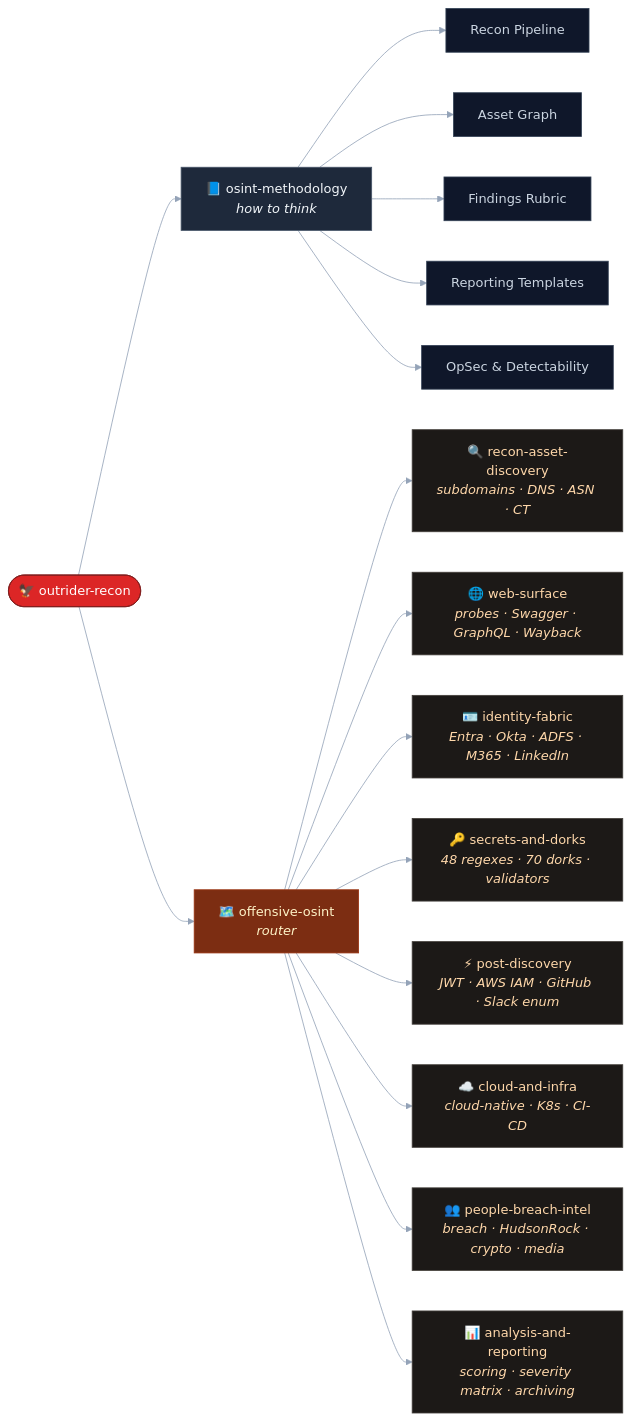
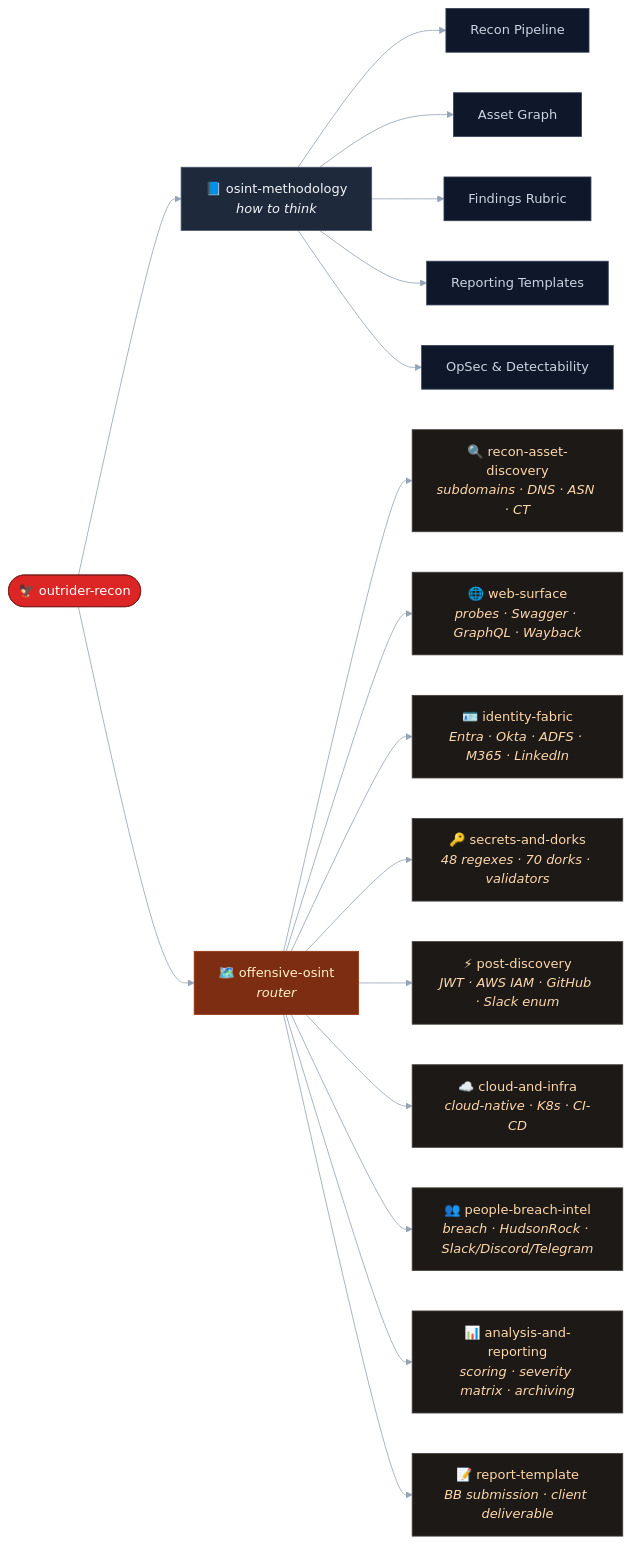
The eighth of 9 diagrams in docs/architecture.md (Ap6pack/outrider-recon), drawn with Mermaid before and after one commit. The commit also changed other lines of this file and 15 other files, not shown here.

````diff
--- a/docs/architecture.md
+++ b/docs/architecture.md
@@ -226,40 +226,42 @@
 ```mermaid
 %%{init: {'theme':'base', 'themeVariables': {'primaryColor':'#1e293b','primaryTextColor':'#f1f5f9','primaryBorderColor':'#475569','lineColor':'#94a3b8'}}}%%
 flowchart LR
     Root(["🦅 outrider-recon"])
 
     Root --> M["📘 osint-methodology<br/><i>how to think</i>"]
     Root --> R["🗺️ offensive-osint<br/><i>router</i>"]
 
     M --> M1[Recon Pipeline]
     M --> M2[Asset Graph]
     M --> M3[Findings Rubric]
     M --> M4[Reporting Templates]
     M --> M5[OpSec & Detectability]
 
     R --> S1["🔍 recon-asset-discovery<br/><i>subdomains · DNS · ASN · CT</i>"]
     R --> S2["🌐 web-surface<br/><i>probes · Swagger · GraphQL · Wayback</i>"]
     R --> S3["🪪 identity-fabric<br/><i>Entra · Okta · ADFS · M365 · LinkedIn</i>"]
     R --> S4["🔑 secrets-and-dorks<br/><i>48 regexes · 70 dorks · validators</i>"]
     R --> S5["⚡ post-discovery<br/><i>JWT · AWS IAM · GitHub · Slack enum</i>"]
     R --> S6["☁️ cloud-and-infra<br/><i>cloud-native · K8s · CI-CD</i>"]
-    R --> S7["👥 people-breach-intel<br/><i>breach · HudsonRock · crypto · media</i>"]
+    R --> S7["👥 people-breach-intel<br/><i>breach · HudsonRock · Slack/Discord/Telegram</i>"]
     R --> S8["📊 analysis-and-reporting<br/><i>scoring · severity matrix · archiving</i>"]
+    R --> S9["📝 report-template<br/><i>BB submission · client deliverable</i>"]
 
     style Root fill:#dc2626,stroke:#7f1d1d,color:#fff
     style M fill:#1e293b,stroke:#475569,color:#f1f5f9
     style R fill:#7c2d12,stroke:#9a3412,color:#fef3c7
     style M1 fill:#0f172a,stroke:#334155,color:#cbd5e1
     style M2 fill:#0f172a,stroke:#334155,color:#cbd5e1
     style M3 fill:#0f172a,stroke:#334155,color:#cbd5e1
     style M4 fill:#0f172a,stroke:#334155,color:#cbd5e1
     style M5 fill:#0f172a,stroke:#334155,color:#cbd5e1
     style S1 fill:#1c1917,stroke:#44403c,color:#fed7aa
     style S2 fill:#1c1917,stroke:#44403c,color:#fed7aa
     style S3 fill:#1c1917,stroke:#44403c,color:#fed7aa
     style S4 fill:#1c1917,stroke:#44403c,color:#fed7aa
     style S5 fill:#1c1917,stroke:#44403c,color:#fed7aa
     style S6 fill:#1c1917,stroke:#44403c,color:#fed7aa
     style S7 fill:#1c1917,stroke:#44403c,color:#fed7aa
     style S8 fill:#1c1917,stroke:#44403c,color:#fed7aa
+    style S9 fill:#1c1917,stroke:#44403c,color:#fed7aa
 ```
````
